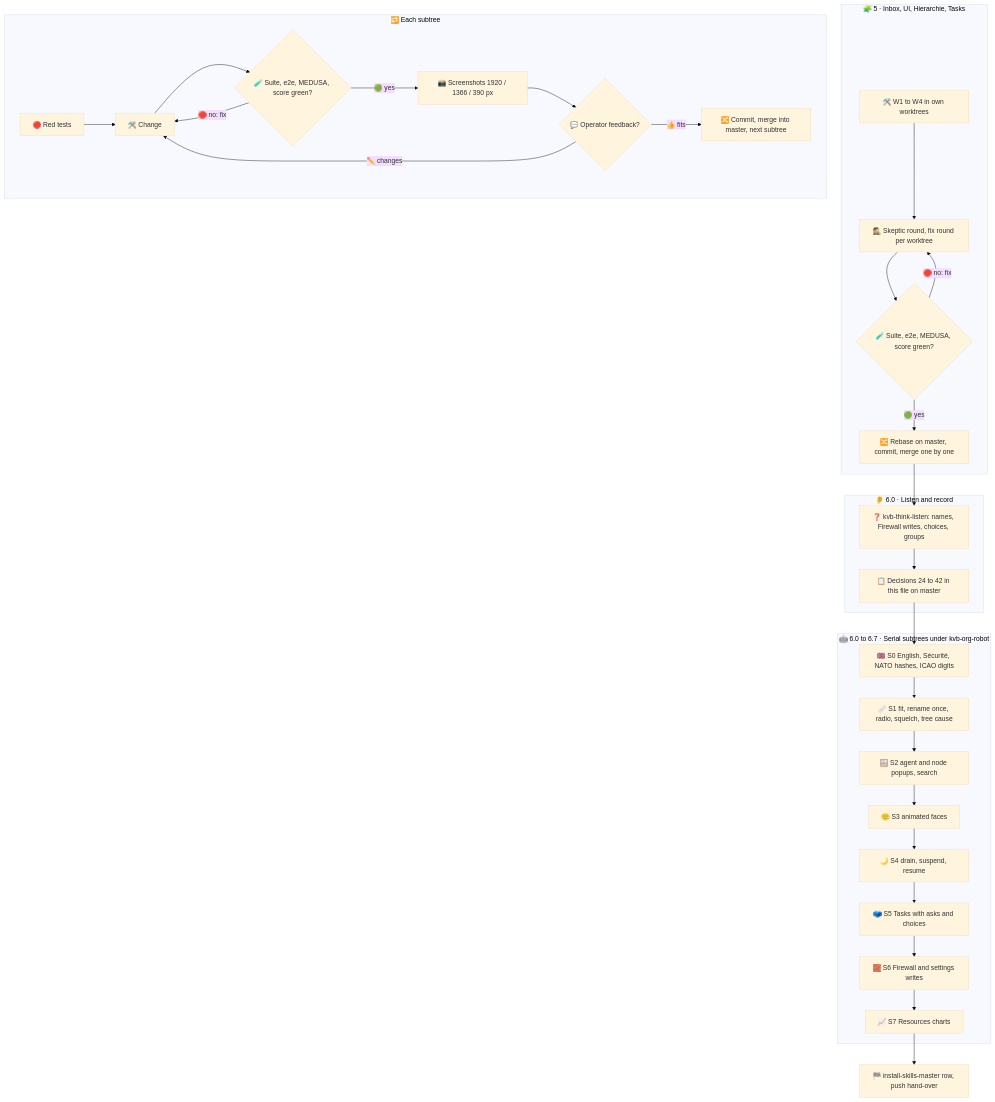
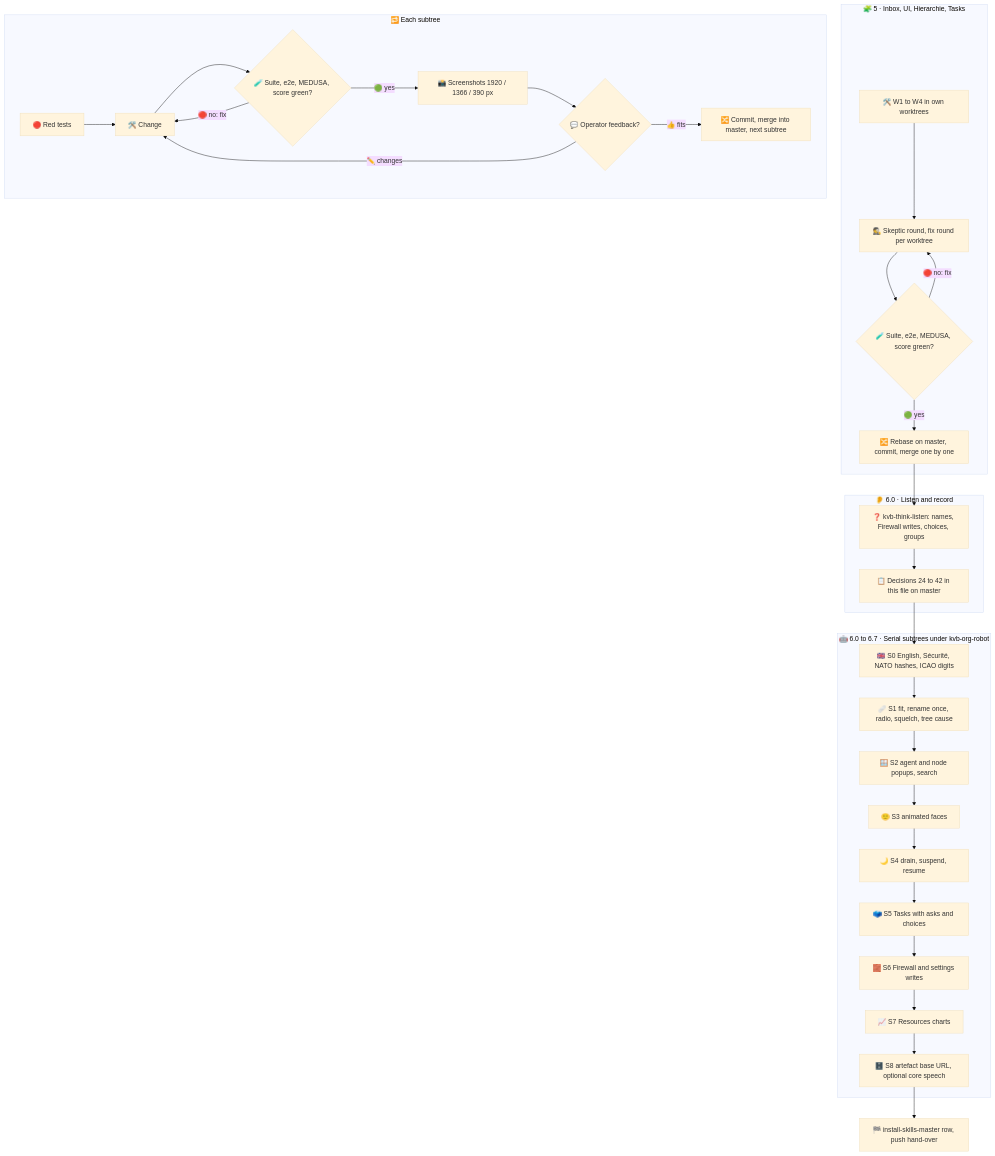
The second of 2 diagrams in docs/requirements/001-agent-orchestrator.md (kevinveenbirkenbach/skills), drawn with Mermaid (base theme) before and after one commit. The commit also changed other lines of this file, not shown here.

````diff
--- a/docs/requirements/001-agent-orchestrator.md
+++ b/docs/requirements/001-agent-orchestrator.md
@@ -276,33 +284,34 @@
 ```mermaid
 flowchart TD
     subgraph W["🧩 5 · Inbox, UI, Hierarchie, Tasks"]
         W1["🛠️ W1 to W4 in own worktrees"] --> W2["🕵️ Skeptic round, fix round per worktree"]
         W2 --> W3{"🧪 Suite, e2e, MEDUSA, score green?"}
         W3 -- "🔴 no: fix" --> W2
         W3 -- "🟢 yes" --> W4["🔀 Rebase on master, commit, merge one by one"]
     end
     W4 --> L1
     subgraph L["👂 6.0 · Listen and record"]
         L1["❓ kvb-think-listen: names, Firewall writes, choices, groups"] --> L2["📋 Decisions 24 to 42 in this file on master"]
     end
     L2 --> S0
     subgraph S["🤖 6.0 to 6.7 · Serial subtrees under kvb-org-robot"]
         S0["🇬🇧 S0 English, Sécurité, NATO hashes, ICAO digits"] --> S1["🩹 S1 fit, rename once, radio, squelch, tree cause"]
         S1 --> S2["🪟 S2 agent and node popups, search"]
         S2 --> S3["🙂 S3 animated faces"]
         S3 --> S4["🌙 S4 drain, suspend, resume"]
         S4 --> S5["🗳️ S5 Tasks with asks and choices"]
         S5 --> S6["🧱 S6 Firewall and settings writes"]
         S6 --> S7["📈 S7 Resources charts"]
+        S7 --> S8["🗄️ S8 artefact base URL, optional core speech"]
     end
     subgraph G["🔁 Each subtree"]
         G1["🔴 Red tests"] --> G2["🛠️ Change"]
         G2 --> G3{"🧪 Suite, e2e, MEDUSA, score green?"}
         G3 -- "🔴 no: fix" --> G2
         G3 -- "🟢 yes" --> G4["📸 Screenshots 1920 / 1366 / 390 px"]
         G4 --> GF{"💬 Operator feedback?"}
         GF -- "✏️ changes" --> G2
         GF -- "👍 fits" --> G5["🔀 Commit, merge into master, next subtree"]
     end
-    S7 --> D2["🏁 install-skills-master row, push hand-over"]
+    S8 --> D2["🏁 install-skills-master row, push hand-over"]
 ```
````
